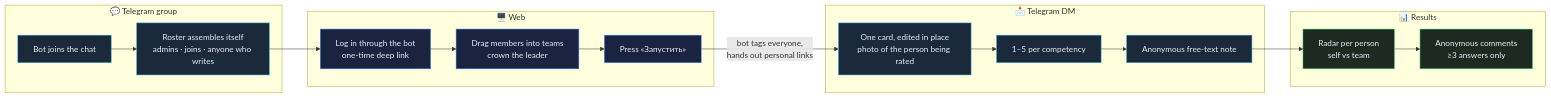
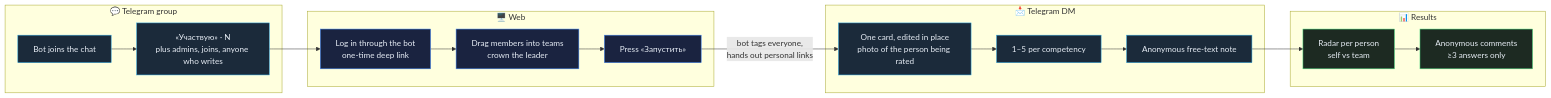
Before and after one commit to simeonkolchin/review-360: the first of 5 diagrams in README.md, drawn with Mermaid. The commit also changed other lines of this file and 2 other files, not shown here.

First line of the commit message:
Plain label on the join button; docs cover every way a roster fills

````diff
--- a/README.md
+++ b/README.md
@@ -65,31 +65,31 @@
 ```mermaid
 flowchart LR
     subgraph TG["💬 Telegram group"]
-        A["Bot joins the chat"] --> B["Roster assembles itself<br/>admins · joins · anyone who writes"]
+        A["Bot joins the chat"] --> B["«Участвую» · N<br/>plus admins, joins, anyone who writes"]
     end
 
     subgraph WEB["🖥️ Web"]
         C["Log in through the bot<br/>one-time deep link"] --> D["Drag members into teams<br/>crown the leader"]
         D --> E["Press «Запустить»"]
     end
 
     subgraph DM["📩 Telegram DM"]
         F["One card, edited in place<br/>photo of the person being rated"] --> G["1–5 per competency"]
         G --> H["Anonymous free-text note"]
     end
 
     subgraph RES["📊 Results"]
         I["Radar per person<br/>self vs team"] --> J["Anonymous comments<br/>≥3 answers only"]
     end
 
     B --> C
     E -- "bot tags everyone,<br/>hands out personal links" --> F
     H --> I
 
     classDef tg fill:#1b2a3a,stroke:#2CA5E0,color:#e8eef6
     classDef web fill:#1a2340,stroke:#3b82f6,color:#e8eef6
     classDef res fill:#1d2a22,stroke:#4ade80,color:#e8eef6
     class A,B,F,G,H tg
     class C,D,E web
     class I,J res
 ```
````
